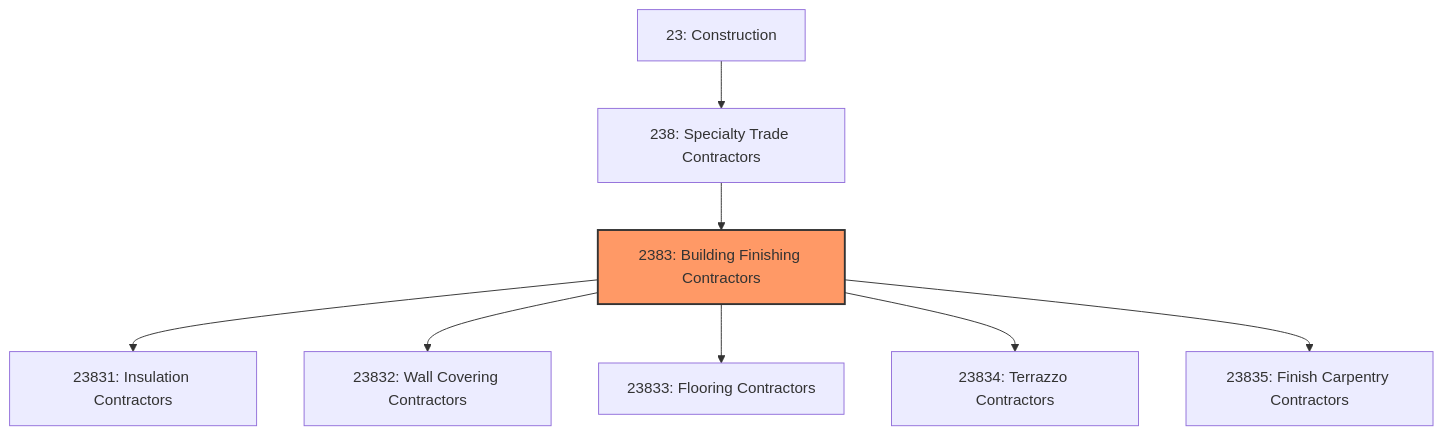
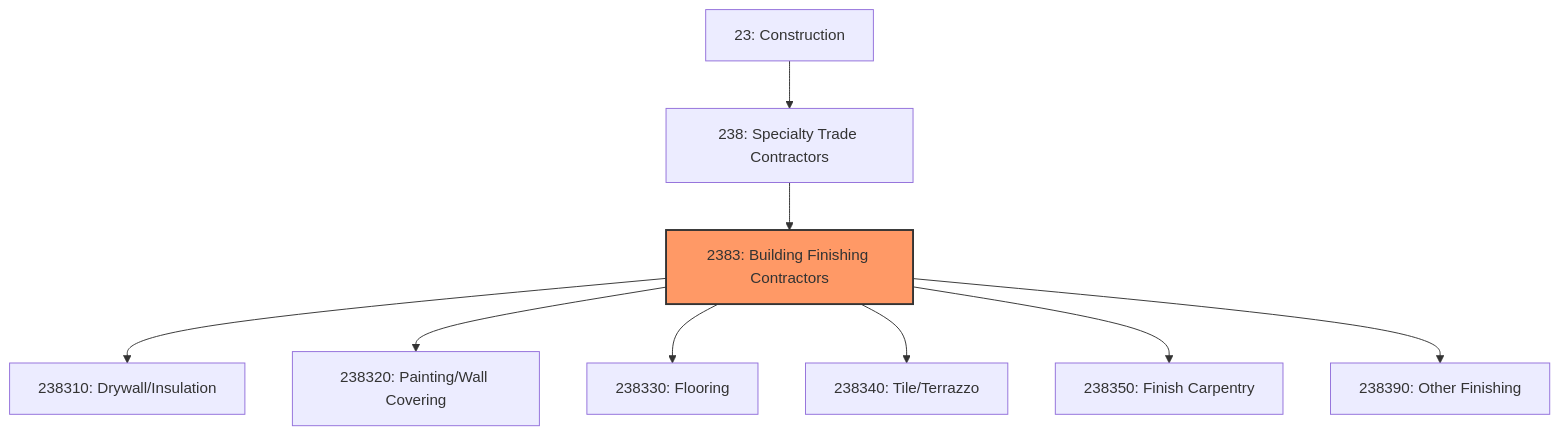
One commit to kziemski/business.org.ai changed the first of 3 diagrams in industries/Construction/SpecialtyTradeContractors/BuildingFinishingContractors/index.mdx. Above: the diagram before and after it, drawn with Mermaid. The commit also changed other lines of this file and 20 other files, not shown here.

````diff
--- a/industries/Construction/SpecialtyTradeContractors/BuildingFinishingContractors/index.mdx
+++ b/industries/Construction/SpecialtyTradeContractors/BuildingFinishingContractors/index.mdx
@@ -22,12 +36,13 @@
 ```mermaid
 graph TD
     S23["23: Construction"]
     S23 --> N238["238: Specialty Trade Contractors"]
     N238 --> N2383["2383: Building Finishing Contractors"]
     style N2383 fill:#f96,stroke:#333,stroke-width:2px
-    N2383 --> N23831["23831: Insulation Contractors"]
-    N2383 --> N23832["23832: Wall Covering Contractors"]
-    N2383 --> N23833["23833: Flooring Contractors"]
-    N2383 --> N23834["23834: Terrazzo Contractors"]
-    N2383 --> N23835["23835: Finish Carpentry Contractors"]
+    N2383 --> N23831["238310: Drywall/Insulation"]
+    N2383 --> N23832["238320: Painting/Wall Covering"]
+    N2383 --> N23833["238330: Flooring"]
+    N2383 --> N23834["238340: Tile/Terrazzo"]
+    N2383 --> N23835["238350: Finish Carpentry"]
+    N2383 --> N23839["238390: Other Finishing"]
 ```
````
